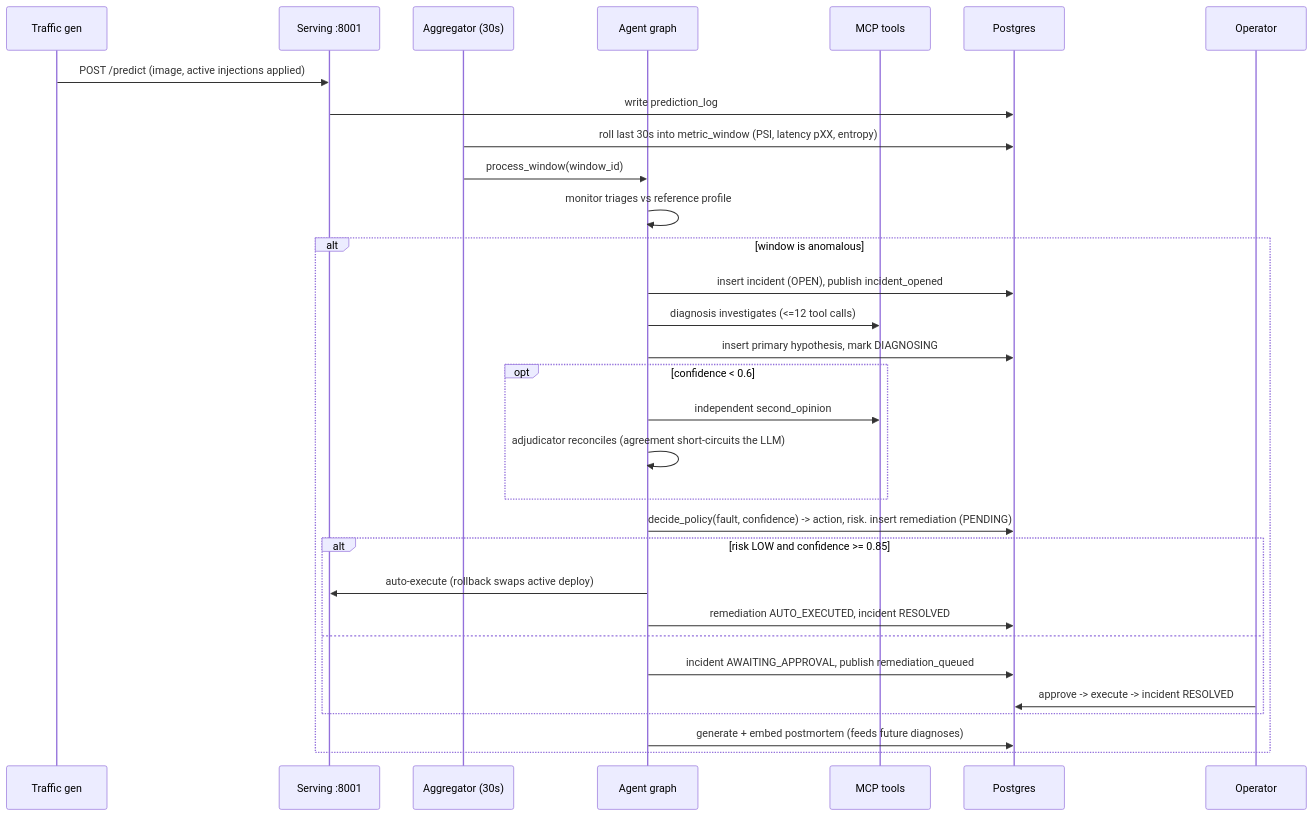
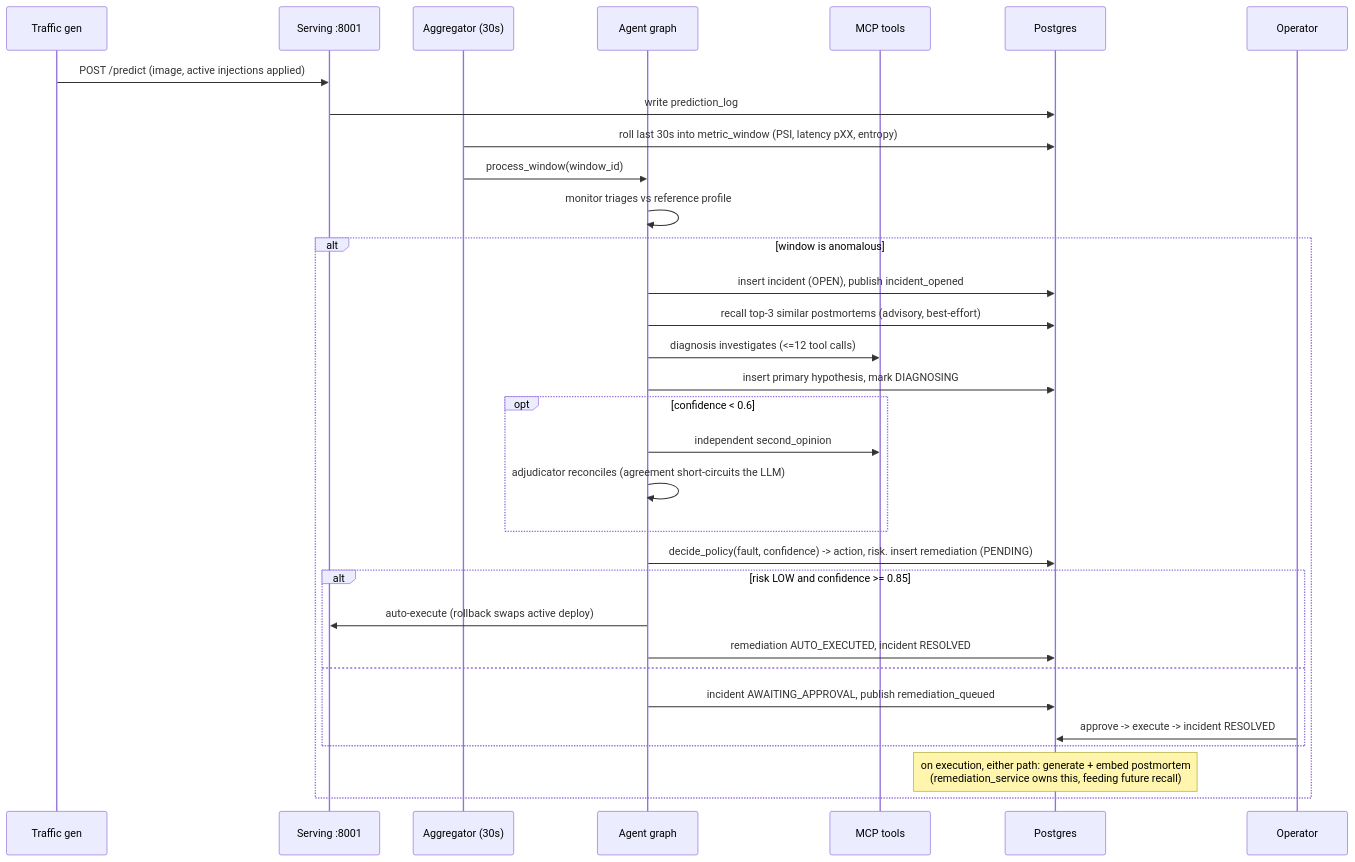
One commit to cheneeheng/mlops-incident-commander changed the fourth of 7 diagrams in .agents_workspace/ARCHITECTURE.md. Above: the diagram before and after it, drawn with Mermaid. The commit also changed other lines of this file and 1 other file, not shown here.

First line of the commit message:
docs(architecture): move the conceptual model out, detail the agent graph

````diff
--- a/.agents_workspace/ARCHITECTURE.md
+++ b/.agents_workspace/ARCHITECTURE.md
@@ -91,34 +98,35 @@
 ```mermaid
 sequenceDiagram
     participant TR as Traffic gen
     participant SV as Serving :8001
     participant AG as Aggregator (30s)
     participant GR as Agent graph
     participant MCP as MCP tools
     participant DB as Postgres
     participant OP as Operator
 
     TR->>SV: POST /predict (image, active injections applied)
     SV->>DB: write prediction_log
     AG->>DB: roll last 30s into metric_window (PSI, latency pXX, entropy)
     AG->>GR: process_window(window_id)
     GR->>GR: monitor triages vs reference profile
     alt window is anomalous
         GR->>DB: insert incident (OPEN), publish incident_opened
+        GR->>DB: recall top-3 similar postmortems (advisory, best-effort)
         GR->>MCP: diagnosis investigates (<=12 tool calls)
         GR->>DB: insert primary hypothesis, mark DIAGNOSING
         opt confidence < 0.6
             GR->>MCP: independent second_opinion
             GR->>GR: adjudicator reconciles (agreement short-circuits the LLM)
         end
         GR->>DB: decide_policy(fault, confidence) -> action, risk. insert remediation (PENDING)
         alt risk LOW and confidence >= 0.85
             GR->>SV: auto-execute (rollback swaps active deploy)
             GR->>DB: remediation AUTO_EXECUTED, incident RESOLVED
         else
             GR->>DB: incident AWAITING_APPROVAL, publish remediation_queued
             OP->>DB: approve -> execute -> incident RESOLVED
         end
-        GR->>DB: generate + embed postmortem (feeds future diagnoses)
+        Note over DB: on execution, either path: generate + embed postmortem<br/>(remediation_service owns this, feeding future recall)
     end
 ```
````
